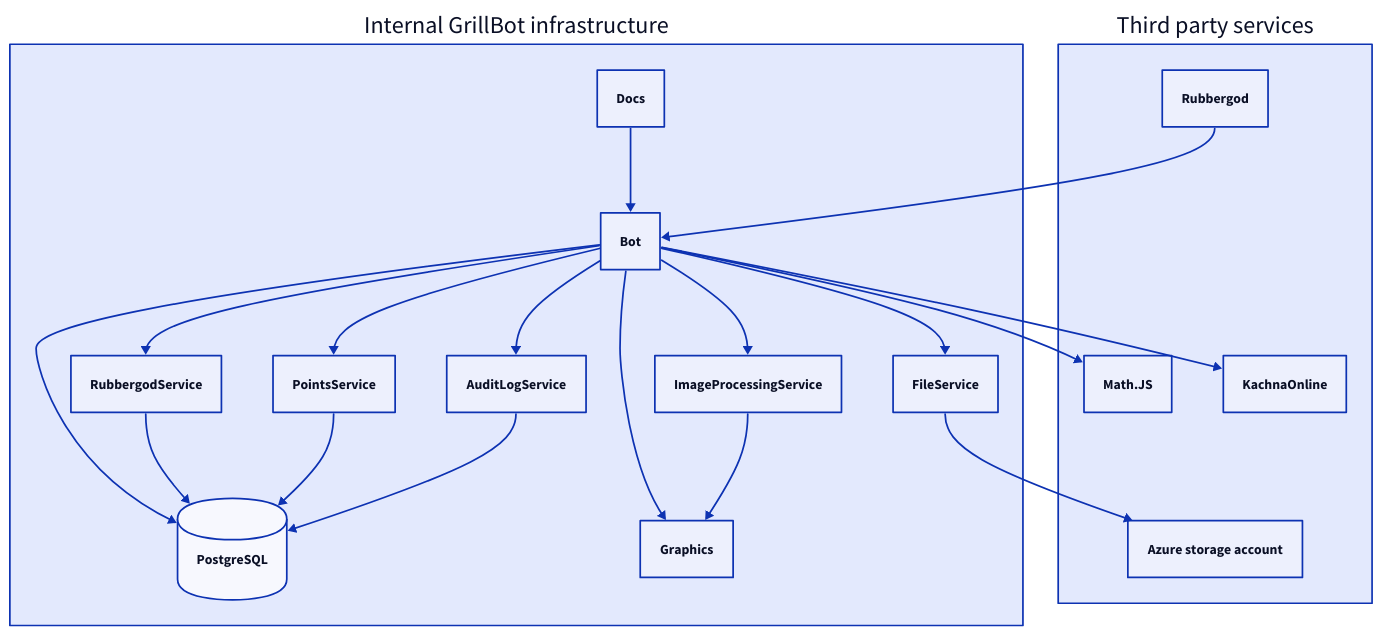
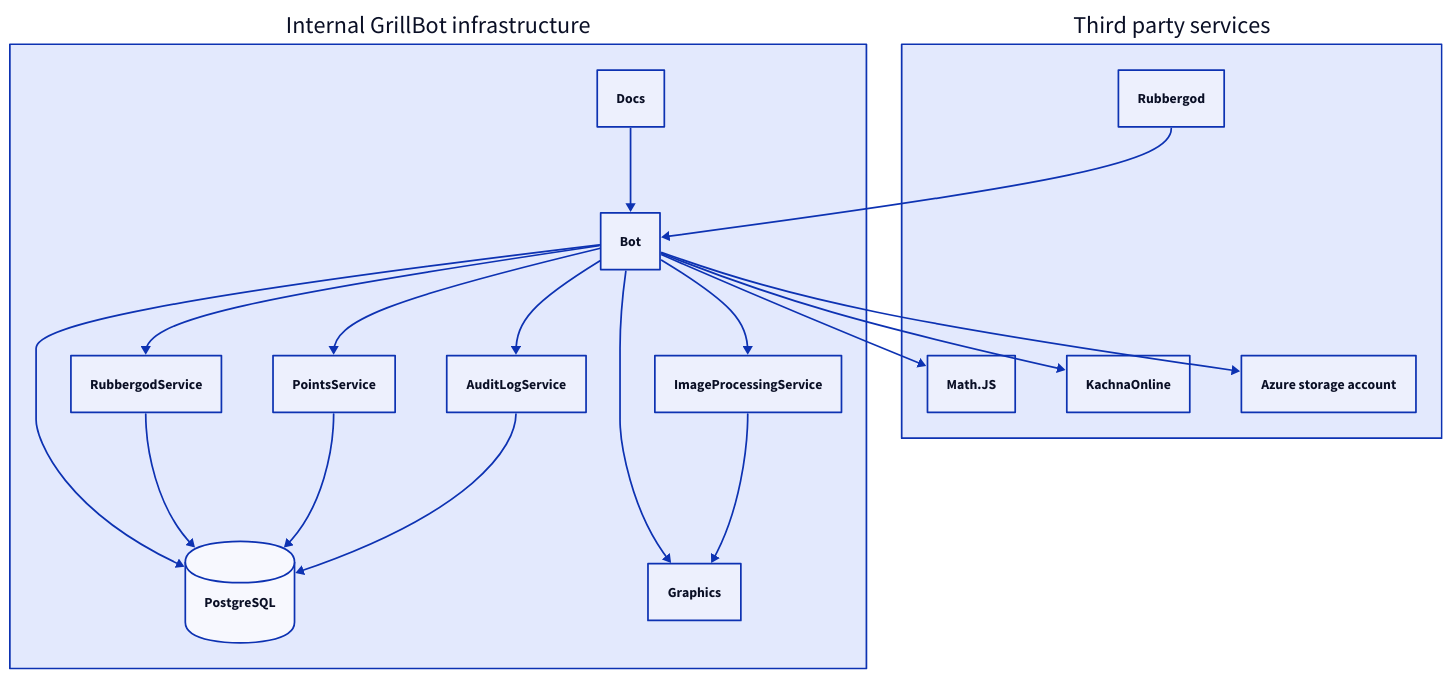
Before and after one commit to GrillBot/grillbot-docs: the diagram in data/communication.d2, drawn with D2. The commit also changed 3 other files, not shown here.

```diff
--- a/data/communication.d2
+++ b/data/communication.d2
@@ -1,26 +1,24 @@
 Internal GrillBot infrastructure.PostgreSQL: {
   shape: cylinder
 }
 
 Internal GrillBot infrastructure.Bot -> Third party services.Math\.JS
 Internal GrillBot infrastructure.Bot -> Third party services.KachnaOnline
+Internal GrillBot infrastructure.Bot -> Third party services.Azure storage account
 
 Third party services.Rubbergod -> Internal GrillBot infrastructure.Bot
-
-Internal GrillBot infrastructure.FileService -> Third party services.Azure storage account
 
 Internal GrillBot infrastructure.Docs -> Internal GrillBot infrastructure.Bot
 
 Internal GrillBot infrastructure.Bot -> Internal GrillBot infrastructure.Graphics
 Internal GrillBot infrastructure.Bot -> Internal GrillBot infrastructure.RubbergodService
 Internal GrillBot infrastructure.Bot -> Internal GrillBot infrastructure.PointsService
-Internal GrillBot infrastructure.Bot -> Internal GrillBot infrastructure.FileService
 Internal GrillBot infrastructure.Bot -> Internal GrillBot infrastructure.ImageProcessingService
 Internal GrillBot infrastructure.Bot -> Internal GrillBot infrastructure.AuditLogService
 
 Internal GrillBot infrastructure.ImageProcessingService -> Internal GrillBot infrastructure.Graphics
 
 Internal GrillBot infrastructure.Bot -> Internal GrillBot infrastructure.PostgreSQL
 Internal GrillBot infrastructure.RubbergodService -> Internal GrillBot infrastructure.PostgreSQL
 Internal GrillBot infrastructure.PointsService -> Internal GrillBot infrastructure.PostgreSQL
 Internal GrillBot infrastructure.AuditLogService -> Internal GrillBot infrastructure.PostgreSQL
```
